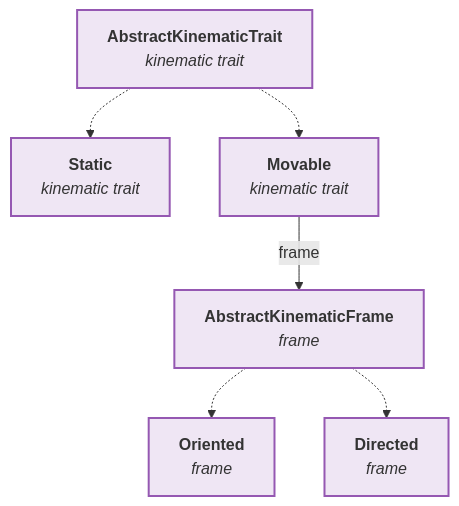
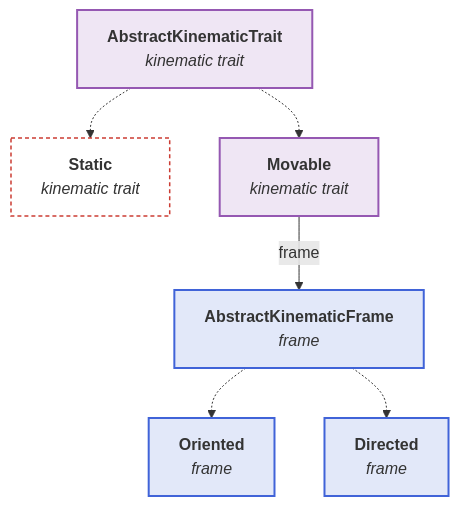
One commit to JuliaPhysics/BeamletOptics.jl changed the first of 2 diagrams in docs/src/api/kinematics_api.md. Above: the diagram before and after it, drawn with Mermaid. The commit also changed other lines of this file and 94 other files, not shown here.

````diff
--- a/docs/src/api/kinematics_api.md
+++ b/docs/src/api/kinematics_api.md
@@ -9,18 +9,23 @@
 ```mermaid
 flowchart TB
     TR["<b>AbstractKinematicTrait</b><br/><i>kinematic trait</i>"]
     ST["<b>Static</b><br/><i>kinematic trait</i>"]
     MV["<b>Movable</b><br/><i>kinematic trait</i>"]
     FR["<b>AbstractKinematicFrame</b><br/><i>frame</i>"]
     OR["<b>Oriented</b><br/><i>frame</i>"]
     DI["<b>Directed</b><br/><i>frame</i>"]
 
     TR -.-> ST
     TR -.-> MV
     MV -- frame --> FR
     FR -.-> OR
     FR -.-> DI
 
+    classDef blue fill:#4063D826,stroke:#4063D8,stroke-width:2px
+    classDef green fill:#38982626,stroke:#389826,stroke-width:2px
     classDef purple fill:#9558B226,stroke:#9558B2,stroke-width:2px
-    class TR,ST,MV,FR,OR,DI purple
+    classDef terminal fill:transparent,stroke:#CB3C33,stroke-width:1.5px,stroke-dasharray:4 3
+    class TR,MV purple
+    class FR,OR,DI blue
+    class ST terminal
 ```
````
